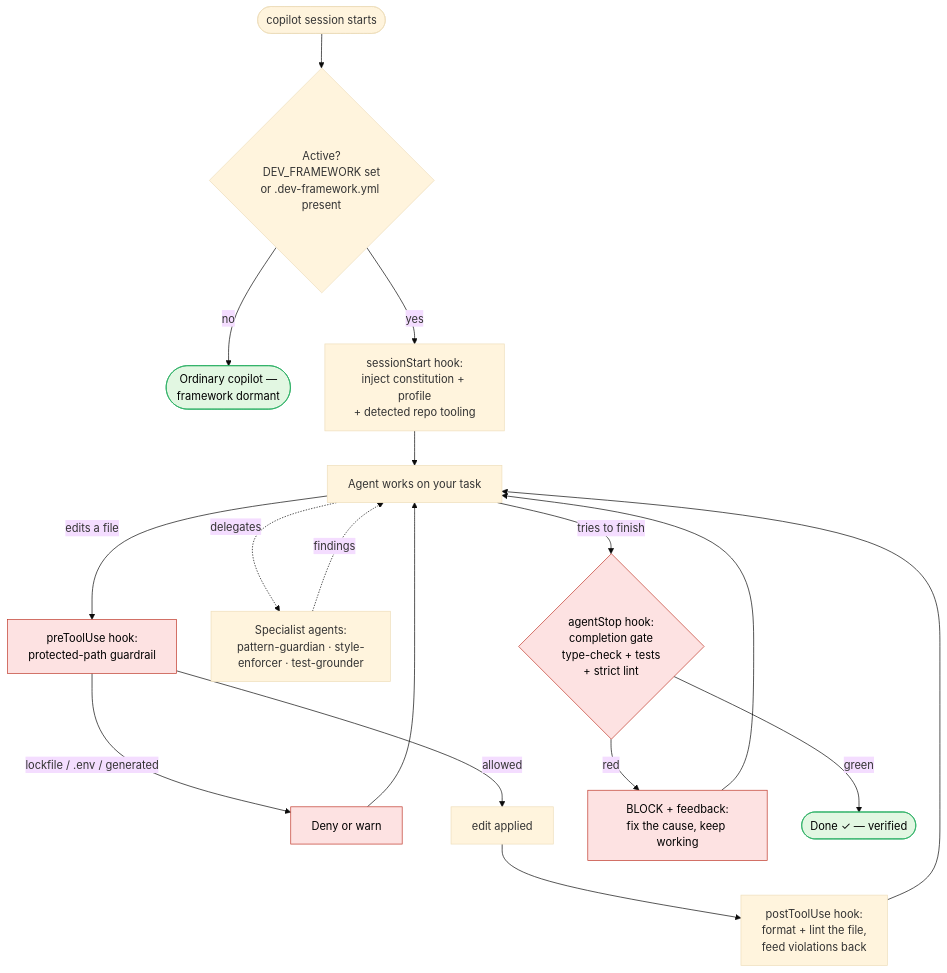
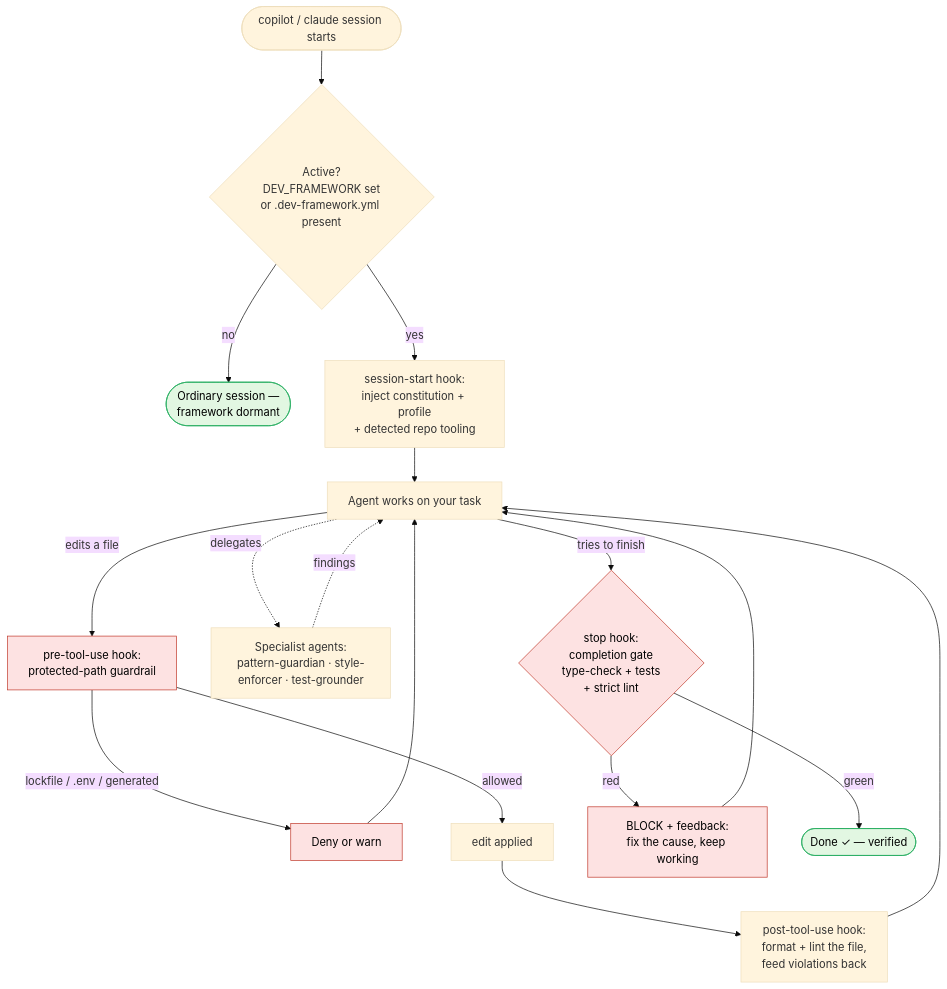
The diagram in README.md (anticomputer/dev-framework), drawn with Mermaid (base theme) before and after one commit. The commit also changed other lines of this file and 35 other files, not shown here.

````diff
--- a/README.md
+++ b/README.md
@@ -115,27 +133,27 @@
 ```mermaid
 flowchart TD
-    A([copilot session starts]) --> B{Active?<br/>DEV_FRAMEWORK set<br/>or .dev-framework.yml present}
-    B -- no --> Z([Ordinary copilot —<br/>framework dormant])
-    B -- yes --> C[sessionStart hook:<br/>inject constitution + profile<br/>+ detected repo tooling]
+    A([copilot / claude session starts]) --> B{Active?<br/>DEV_FRAMEWORK set<br/>or .dev-framework.yml present}
+    B -- no --> Z([Ordinary session —<br/>framework dormant])
+    B -- yes --> C[session-start hook:<br/>inject constitution + profile<br/>+ detected repo tooling]
     C --> D[Agent works on your task]
 
-    D -->|edits a file| F[preToolUse hook:<br/>protected-path guardrail]
+    D -->|edits a file| F[pre-tool-use hook:<br/>protected-path guardrail]
     F -->|lockfile / .env / generated| X[Deny or warn]
     X --> D
     F -->|allowed| G[edit applied]
-    G --> H[postToolUse hook:<br/>format + lint the file,<br/>feed violations back]
+    G --> H[post-tool-use hook:<br/>format + lint the file,<br/>feed violations back]
     H --> D
 
     D -.delegates.-> R[Specialist agents:<br/>pattern-guardian · style-enforcer · test-grounder]
     R -.findings.-> D
 
-    D -->|tries to finish| J{agentStop hook:<br/>completion gate<br/>type-check + tests<br/>+ strict lint}
+    D -->|tries to finish| J{stop hook:<br/>completion gate<br/>type-check + tests<br/>+ strict lint}
     J -->|red| K[BLOCK + feedback:<br/>fix the cause, keep working]
     K --> D
     J -->|green| L([Done ✓ — verified])
 
     classDef gate fill:#fde2e2,stroke:#c0392b,color:#000;
     classDef pass fill:#e2f7e2,stroke:#27ae60,color:#000;
     class F,J,X,K gate;
     class L,Z pass;
 ```
````
